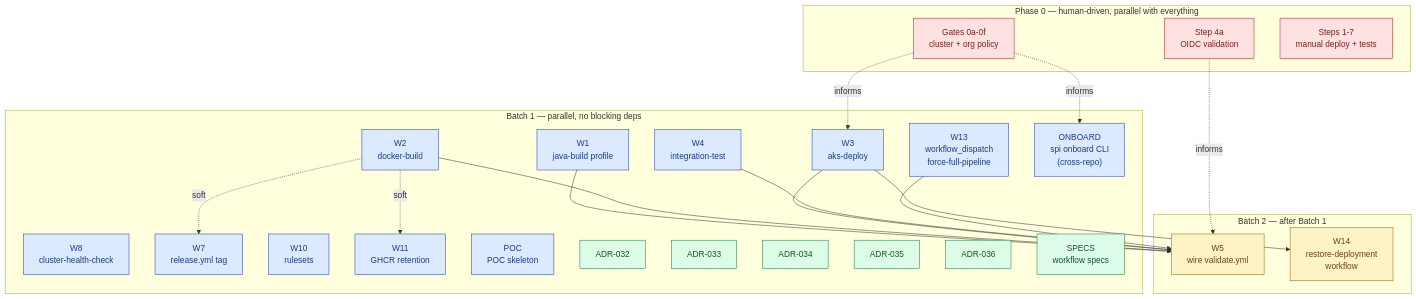
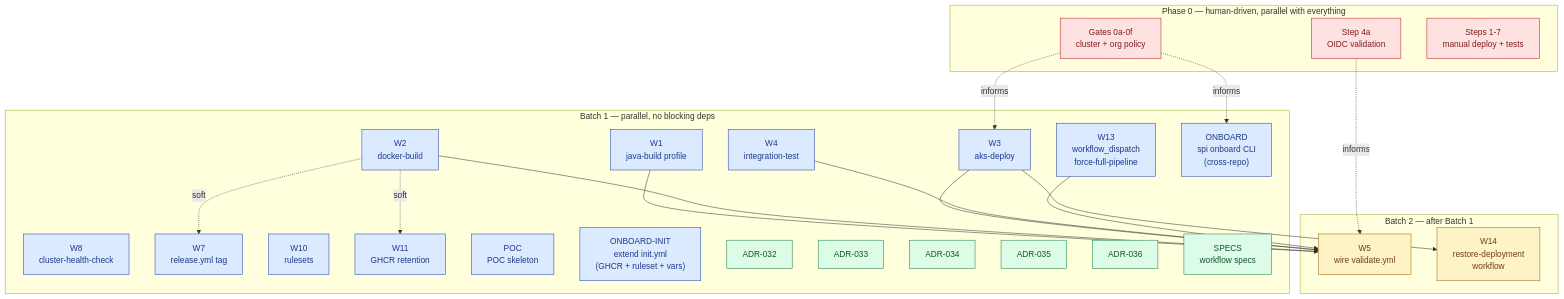
The diagram in doc/product/cicd-implementation-plan.md (danielscholl-osdu/osdu-spi), drawn with Mermaid before and after one commit. The commit also changed other lines of this file and 2 other files, not shown here.

Commit message:
docs(cicd): document onboarding split across cluster and fork sides introduce ONBOARD-INIT for fork-side init.yml reflect onboarding split in diagrams and references

````diff
--- a/doc/product/cicd-implementation-plan.md
+++ b/doc/product/cicd-implementation-plan.md
@@ -47,52 +47,53 @@
 ```mermaid
 graph TD
     classDef batch1 fill:#dbeafe,stroke:#1e40af,color:#1e3a8a
     classDef batch2 fill:#fef3c7,stroke:#a16207,color:#713f12
     classDef human fill:#fee2e2,stroke:#b91c1c,color:#7f1d1d
     classDef adr fill:#dcfce7,stroke:#15803d,color:#14532d
 
     subgraph Batch1["Batch 1 — parallel, no blocking deps"]
         W1["W1<br/>java-build profile"]:::batch1
         W2["W2<br/>docker-build"]:::batch1
         W3["W3<br/>aks-deploy"]:::batch1
         W4["W4<br/>integration-test"]:::batch1
         W8["W8<br/>cluster-health-check"]:::batch1
         W7["W7<br/>release.yml tag"]:::batch1
         W10["W10<br/>rulesets"]:::batch1
         W11["W11<br/>GHCR retention"]:::batch1
         W13["W13<br/>workflow_dispatch<br/>force-full-pipeline"]:::batch1
         POC["POC<br/>POC skeleton"]:::batch1
         ONBOARD["ONBOARD<br/>spi onboard CLI<br/>(cross-repo)"]:::batch1
+        ONBOARD_INIT["ONBOARD-INIT<br/>extend init.yml<br/>(GHCR + ruleset + vars)"]:::batch1
         ADR32["ADR-032"]:::adr
         ADR33["ADR-033"]:::adr
         ADR34["ADR-034"]:::adr
         ADR35["ADR-035"]:::adr
         ADR36["ADR-036"]:::adr
         SPECS["SPECS<br/>workflow specs"]:::adr
     end
 
     subgraph Batch2["Batch 2 — after Batch 1"]
         W5["W5<br/>wire validate.yml"]:::batch2
         W14["W14<br/>restore-deployment<br/>workflow"]:::batch2
     end
 
     subgraph Phase0["Phase 0 — human-driven, parallel with everything"]
         G["Gates 0a-0f<br/>cluster + org policy"]:::human
         OIDC["Step 4a<br/>OIDC validation"]:::human
         MANUAL["Steps 1-7<br/>manual deploy + tests"]:::human
     end
 
     W1 --> W5
     W2 --> W5
     W3 --> W5
     W4 --> W5
     W13 --> W5
     W3 --> W14
 
     W2 -. soft .-> W7
     W2 -. soft .-> W11
 
     G -. informs .-> W3
     G -. informs .-> ONBOARD
     OIDC -. informs .-> W5
 ```
````
